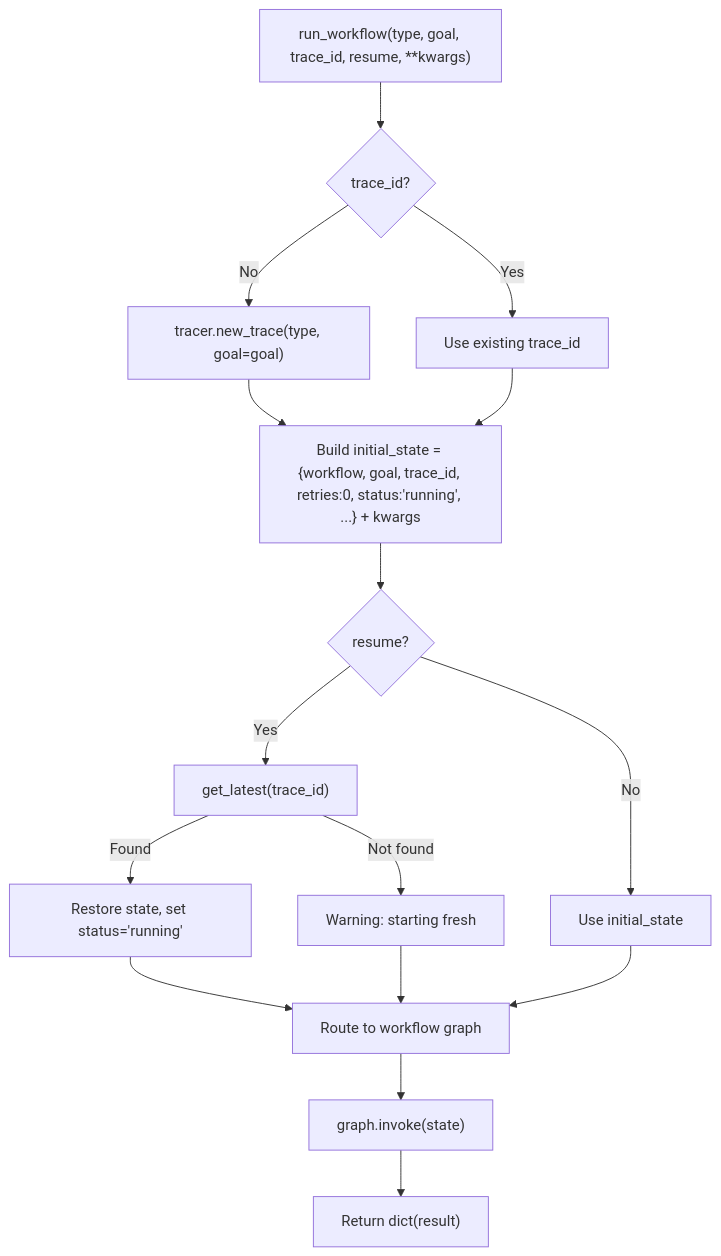
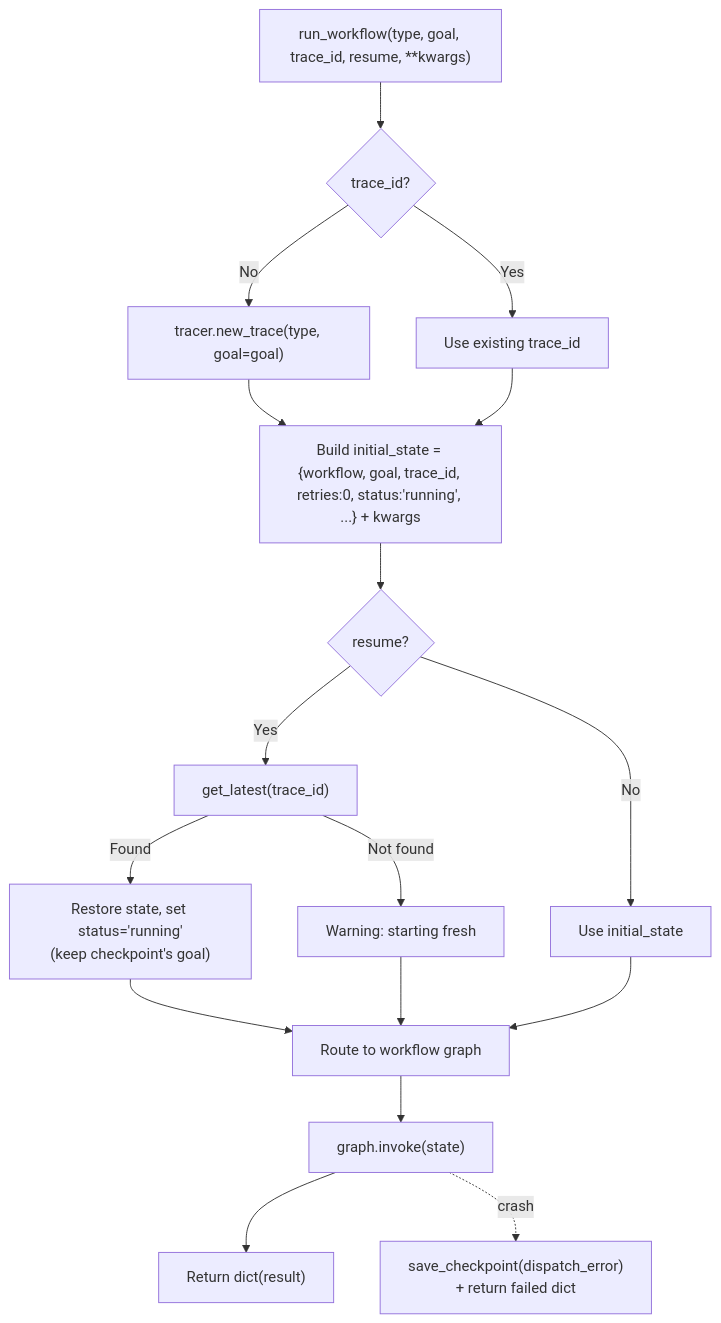
One commit to brunogcar/agent changed the diagram in docs/workflows/base/ARCHITECTURE.md. Above: the diagram before and after it, drawn with Mermaid. The commit also changed other lines of this file and 10 other files, not shown here.

````diff
--- a/docs/workflows/base/ARCHITECTURE.md
+++ b/docs/workflows/base/ARCHITECTURE.md
@@ -39,18 +39,19 @@
 ```mermaid
 graph TD
     A["run_workflow(type, goal, trace_id, resume, **kwargs)"] --> B{"trace_id?"}
     B -->|No| C["tracer.new_trace(type, goal=goal)"]
     B -->|Yes| D["Use existing trace_id"]
     C --> E["Build initial_state = {workflow, goal, trace_id, retries:0, status:'running', ...} + kwargs"]
     D --> E
     E --> F{"resume?"}
     F -->|Yes| G["get_latest(trace_id)"]
-    G -->|Found| H["Restore state, set status='running'"]
+    G -->|Found| H["Restore state, set status='running'<br/>(keep checkpoint's goal)"]
     G -->|Not found| I["Warning: starting fresh"]
     F -->|No| J["Use initial_state"]
     H --> K["Route to workflow graph"]
     I --> K
     J --> K
     K --> L["graph.invoke(state)"]
     L --> M["Return dict(result)"]
+    L -.->|crash| N["save_checkpoint(dispatch_error)<br/>+ return failed dict"]
 ```
````
